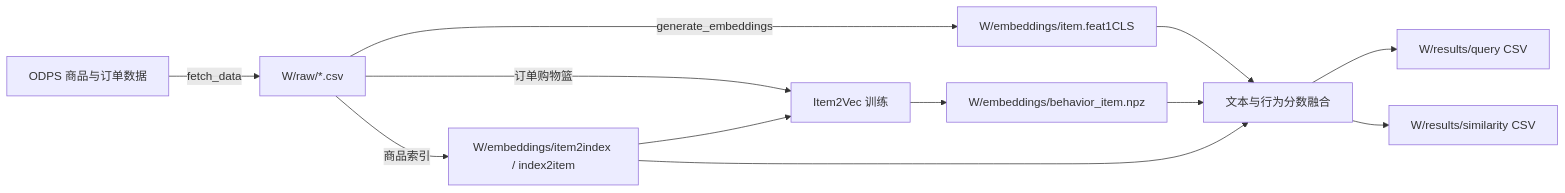
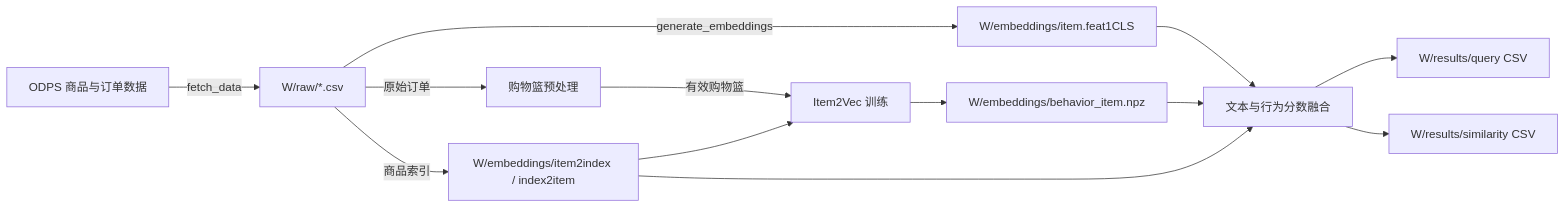
The diagram in README.md (Guozisong/item2Vec), drawn with Mermaid before and after one commit. The commit also changed other lines of this file and 21 other files, not shown here.

Commit message:
feat: improve Item2Vec co-basket recall and cold-start fallback

````diff
--- a/README.md
+++ b/README.md
@@ -143,14 +169,15 @@
 ```mermaid
 flowchart LR
     O[ODPS 商品与订单数据] -->|fetch_data| R[W/raw/*.csv]
     R -->|generate_embeddings| T[W/embeddings/item.feat1CLS]
     R -->|商品索引| I[W/embeddings/item2index / index2item]
-    R -->|订单购物篮| B[Item2Vec 训练]
+    R -->|原始订单| P[购物篮预处理]
+    P -->|有效购物篮| B[Item2Vec 训练]
     I --> B
     B --> V[W/embeddings/behavior_item.npz]
     T --> F[文本与行为分数融合]
     V --> F
     I --> F
     F --> Q[W/results/query CSV]
     F --> E[W/results/similarity CSV]
 ```
````
